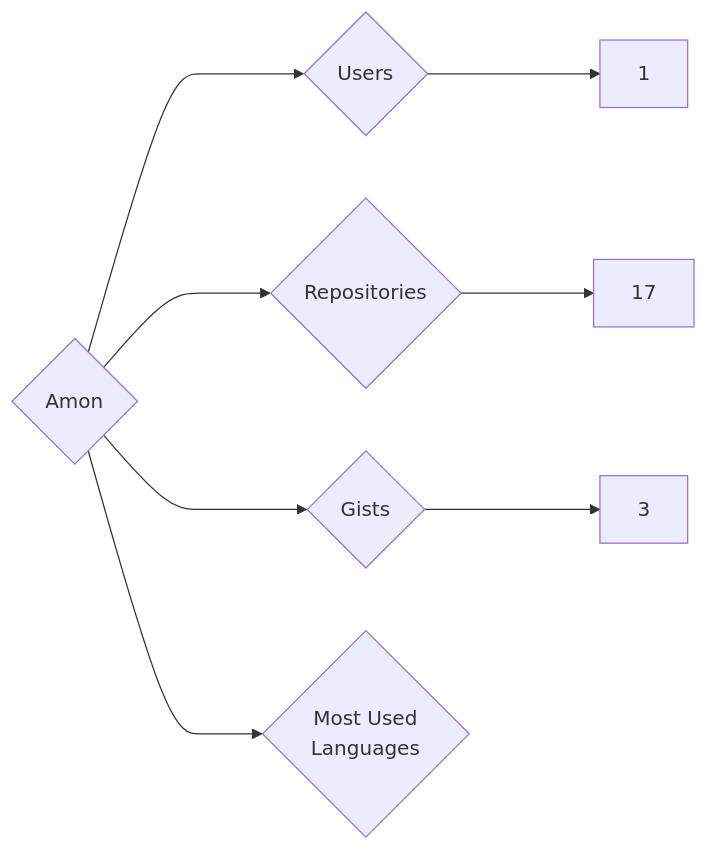
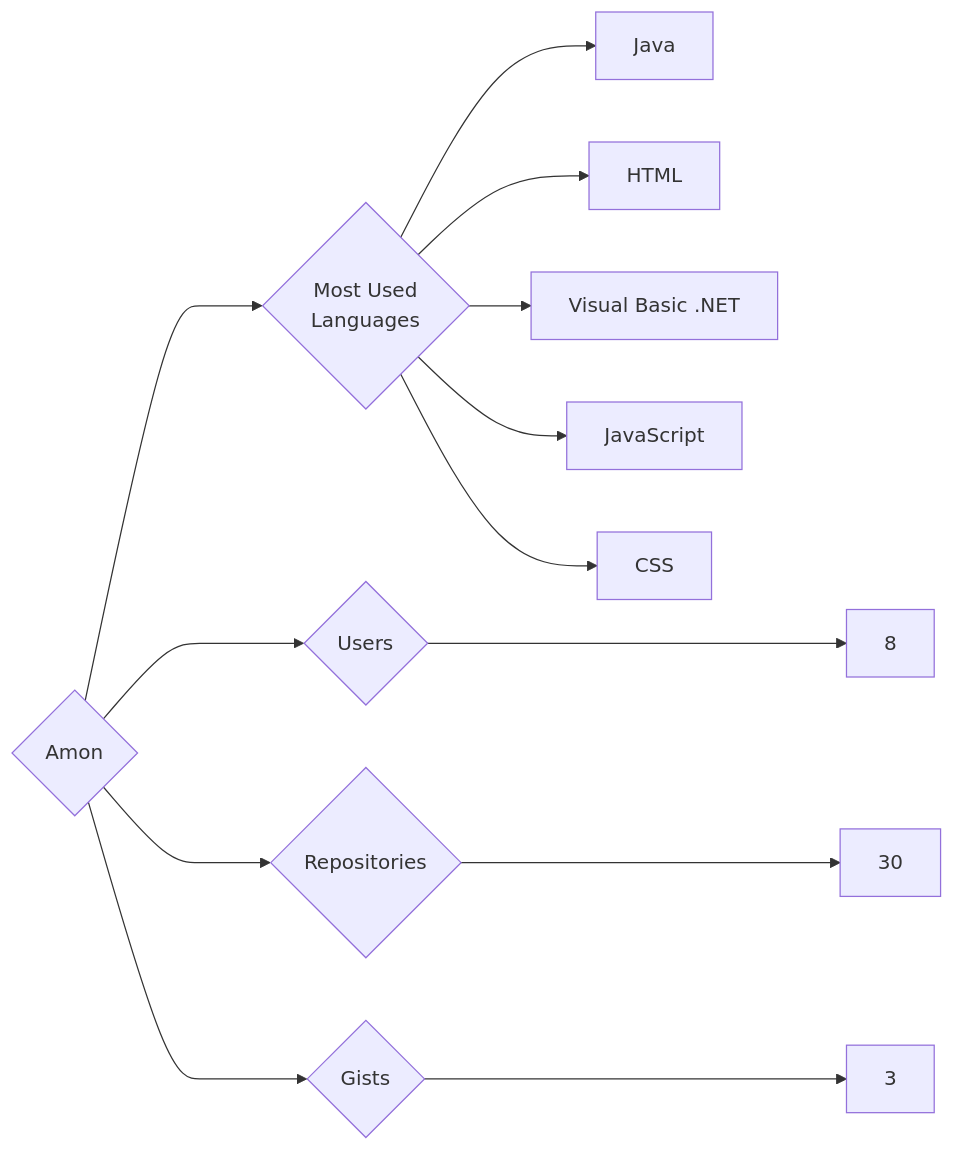
The diagram in targets/Amon/README.md (trickest/insiders), drawn with Mermaid before and after one commit. The commit also changed 773 other files, not shown here.

````diff
--- a/targets/Amon/README.md
+++ b/targets/Amon/README.md
@@ -3,8 +3,13 @@
 ```mermaid
 graph LR
 COMPANY_NAME{Amon}
-COMPANY_NAME ---> U{Users} ---> UN[1]
-COMPANY_NAME ---> R{Repositories} ---> RN[17]
+COMPANY_NAME ---> U{Users} ---> UN[8]
+COMPANY_NAME ---> R{Repositories} ---> RN[30]
 COMPANY_NAME ---> G{Gists} ---> GN[3]
 COMPANY_NAME ---> ML{Most Used<br>Languages}
+ML --> Java[Java]
+ML --> HTML[HTML]
+ML --> Visual_Basic_.NET[Visual Basic .NET]
+ML --> JavaScript[JavaScript]
+ML --> CSS[CSS]
 ```
````
